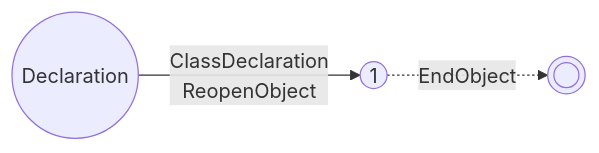
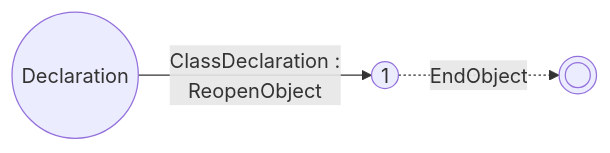
Before and after one commit to vczh-websites/vczh: diagram 18 of 20 in Blog/GLR-Refactoring/Mermaid.md, drawn with Mermaid. The commit also changed other lines of this file, not shown here.

````diff
--- a/Blog/GLR-Refactoring/Mermaid.md
+++ b/Blog/GLR-Refactoring/Mermaid.md
@@ -533,6 +533,6 @@
 ```mermaid
 graph LR
-  S((Declaration))-- ClassDeclaration
-ReopenObject -->1
+  S((Declaration))-- ClassDeclaration :
+    ReopenObject -->1
   1((1))-. EndObject .->E((( )))
 ```
````
